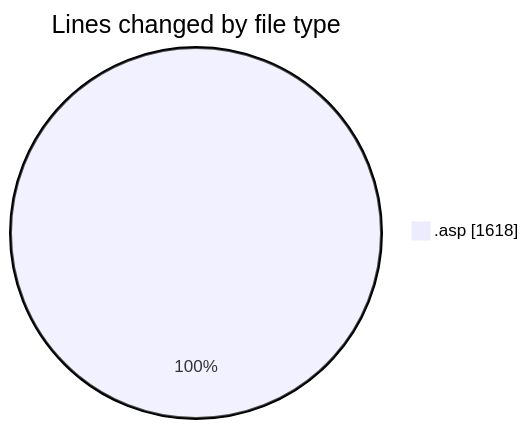
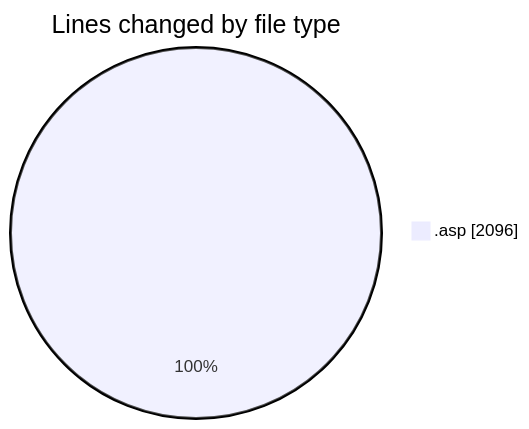
Before and after one commit to julien-gomy/code-tracking: the first of 2 diagrams in 2025-11-25/cdp_aleoudev_fr__workspace_/README.md, drawn with Mermaid. The commit also changed other lines of this file and 1 other file, not shown here.

````diff
--- a/2025-11-25/cdp_aleoudev_fr__workspace_/README.md
+++ b/2025-11-25/cdp_aleoudev_fr__workspace_/README.md
@@ -20,5 +21,5 @@
 ```mermaid
 pie showData
 title Lines changed by file type
-".asp" : 1618
+".asp" : 2096
 ```
````
